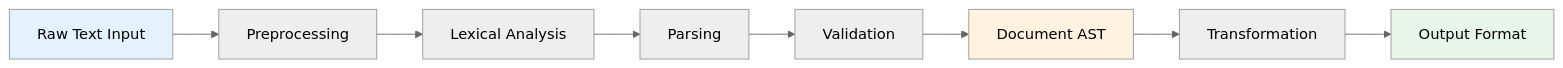
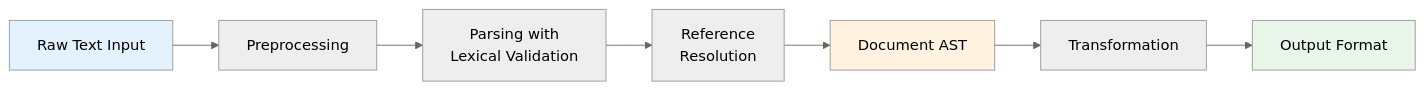
The first of 11 diagrams in docs/architecture/data-flow.md (dweve-ai/hedl), drawn with Mermaid (neutral theme) before and after one commit. The commit also changed other lines of this file and 735 other files, not shown here.

````diff
--- a/docs/architecture/data-flow.md
+++ b/docs/architecture/data-flow.md
@@ -9,23 +9,21 @@
 ```mermaid
 graph LR
     INPUT[Raw Text Input]
     PREPROCESS[Preprocessing]
-    LEX[Lexical Analysis]
-    PARSE[Parsing]
-    VALIDATE[Validation]
+    PARSE[Parsing with<br/>Lexical Validation]
+    VALIDATE[Reference<br/>Resolution]
     AST[Document AST]
     TRANSFORM[Transformation]
     OUTPUT[Output Format]
 
     INPUT --> PREPROCESS
-    PREPROCESS --> LEX
-    LEX --> PARSE
+    PREPROCESS --> PARSE
     PARSE --> VALIDATE
     VALIDATE --> AST
     AST --> TRANSFORM
     TRANSFORM --> OUTPUT
 
     style INPUT fill:#e3f2fd
     style AST fill:#fff3e0
     style OUTPUT fill:#e8f5e9
 ```
````
